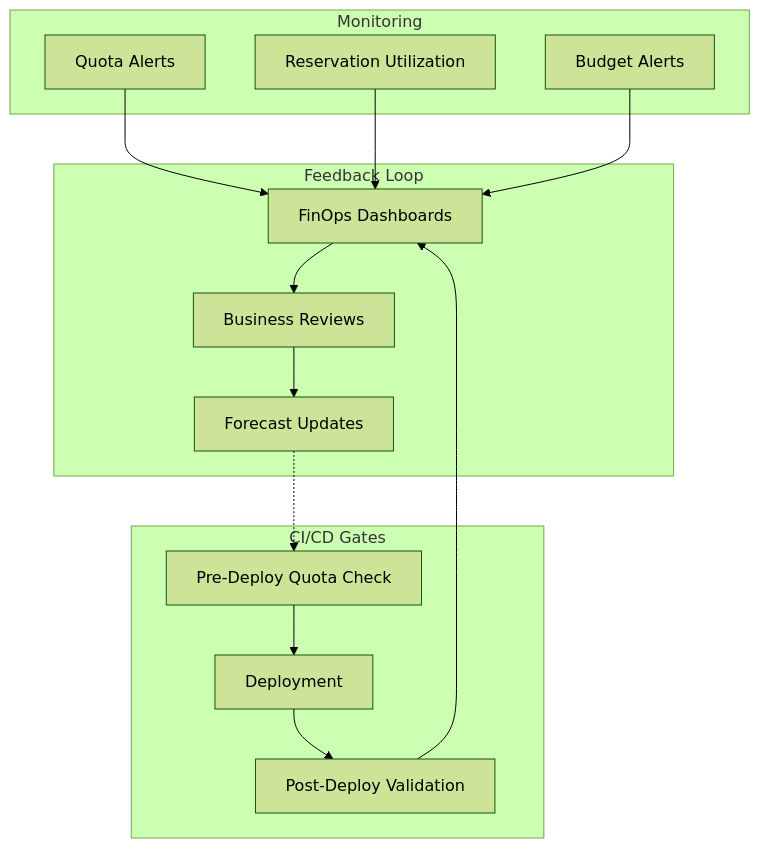
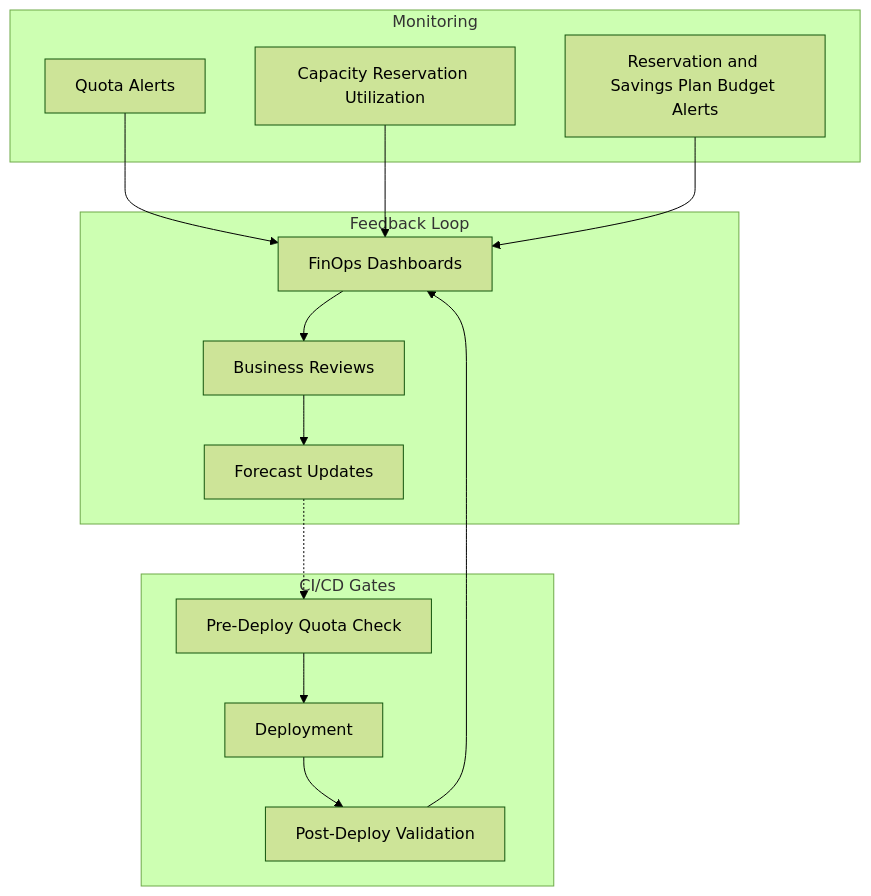
The diagram in training/modules/module-15-govern-and-ship-monitoring-and-release-gates.md (msbrettorg/azcapman), drawn with Mermaid (forest theme) before and after one commit. The commit also changed other lines of this file and 18 other files, not shown here.

````diff
--- a/training/modules/module-15-govern-and-ship-monitoring-and-release-gates.md
+++ b/training/modules/module-15-govern-and-ship-monitoring-and-release-gates.md
@@ -60,30 +60,30 @@
 ```mermaid
 graph TD
     subgraph "Monitoring"
         quota_alerts[Quota Alerts]
-        res_monitor[Reservation Utilization]
-        budget_alerts[Budget Alerts]
+        res_monitor[Capacity Reservation Utilization]
+        budget_alerts[Reservation and Savings Plan Budget Alerts]
     end
 
     subgraph "CI/CD Gates"
         pre_check[Pre-Deploy Quota Check]
         deploy[Deployment]
         post_check[Post-Deploy Validation]
     end
 
     subgraph "Feedback Loop"
         dashboards[FinOps Dashboards]
         reviews[Business Reviews]
         forecast_update[Forecast Updates]
     end
 
     quota_alerts --> dashboards
     res_monitor --> dashboards
     budget_alerts --> dashboards
 
     pre_check --> deploy --> post_check
     post_check --> dashboards
 
     dashboards --> reviews --> forecast_update
     forecast_update -.-> pre_check
 ```
````
